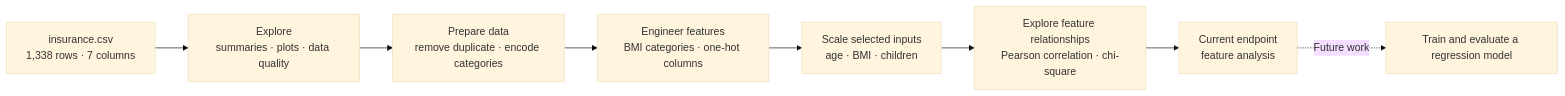
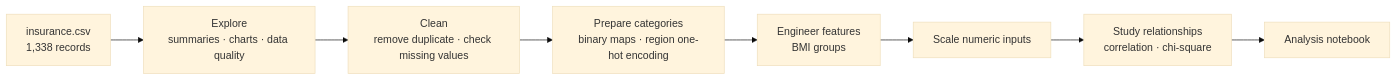
Before and after one commit to AnmolMittal115/medical-insurance-cost-analysis: the diagram in README.md, drawn with Mermaid (base theme). The commit also changed other lines of this file, not shown here.

Commit message:
Showcase analysis with chart gallery and clearer guide

````diff
--- a/README.md
+++ b/README.md
@@ -17,10 +64,10 @@
 ```mermaid
 flowchart LR
-    A[insurance.csv<br/>1,338 rows · 7 columns] --> B[Explore<br/>summaries · plots · data quality]
-    B --> C[Prepare data<br/>remove duplicate · encode categories]
-    C --> D[Engineer features<br/>BMI categories · one-hot columns]
-    D --> E[Scale selected inputs<br/>age · BMI · children]
-    E --> F[Explore feature relationships<br/>Pearson correlation · chi-square]
-    F --> G[Current endpoint<br/>feature analysis]
-    G -. Future work .-> H[Train and evaluate a regression model]
+    A[insurance.csv<br/>1,338 records] --> B[Explore<br/>summaries · charts · data quality]
+    B --> C[Clean<br/>remove duplicate · check missing values]
+    C --> D[Prepare categories<br/>binary maps · region one-hot encoding]
+    D --> E[Engineer features<br/>BMI groups]
+    E --> F[Scale numeric inputs]
+    F --> G[Study relationships<br/>correlation · chi-square]
+    G --> H[Analysis notebook]
 ```
````
